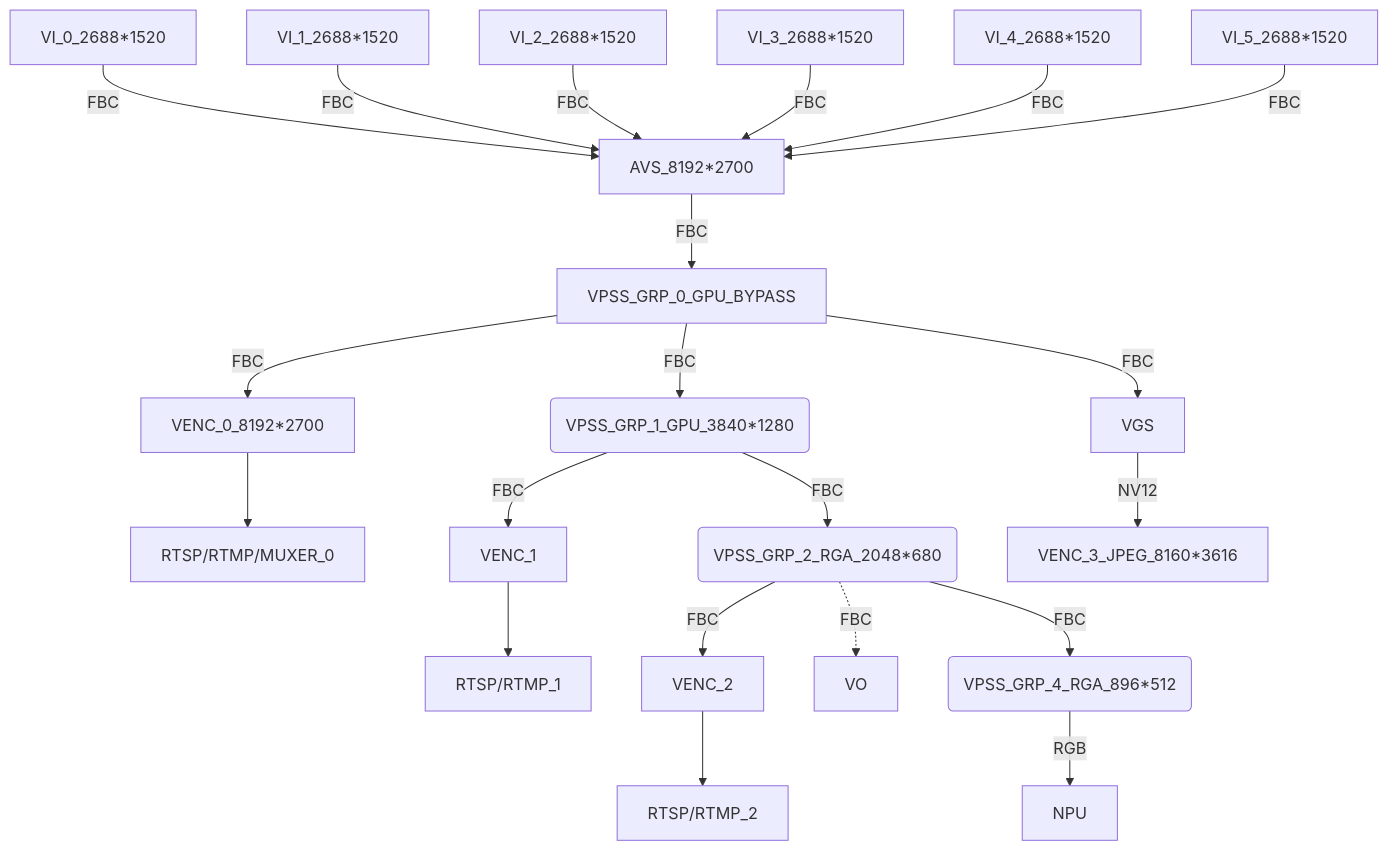
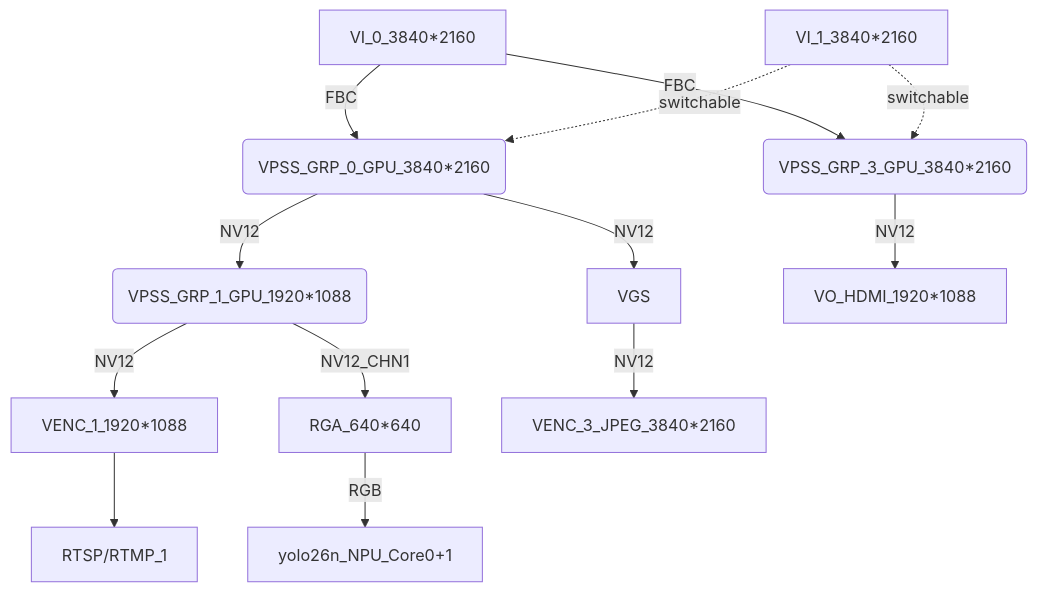
Before and after one commit to 20gg/rkipc: the eighth of 20 diagrams in docs/Rockchip_Developer_Guide_Linux_RKIPC_CN.md, drawn with Mermaid.

````diff
--- a/docs/Rockchip_Developer_Guide_Linux_RKIPC_CN.md
+++ b/docs/Rockchip_Developer_Guide_Linux_RKIPC_CN.md
@@ -243,16 +243,11 @@
 ```mermaid
 graph TB
-	VI_0[VI_0_2688*1520]--FBC-->AVS[AVS_8192*2700]
-	VI_1[VI_1_2688*1520]--FBC-->AVS
-	VI_2[VI_2_2688*1520]--FBC-->AVS
-	VI_3[VI_3_2688*1520]--FBC-->AVS
-	VI_4[VI_4_2688*1520]--FBC-->AVS
-	VI_5[VI_5_2688*1520]--FBC-->AVS
-	AVS--FBC-->VPSS_GRP_0_GPU_BYPASS--FBC-->VENC_0_8192*2700-->RTSP/RTMP/MUXER_0
-	VPSS_GRP_0_GPU_BYPASS--FBC-->VPSS_GRP_1(VPSS_GRP_1_GPU_3840*1280)
-	VPSS_GRP_1--FBC-->VENC_1-->RTSP/RTMP_1
-	VPSS_GRP_1--FBC-->VPSS_GRP_2(VPSS_GRP_2_RGA_2048*680)--FBC-->VENC_2-->RTSP/RTMP_2
-	VPSS_GRP_2-.FBC.->VO
-	VPSS_GRP_2--FBC-->VPSS_GRP_4(VPSS_GRP_4_RGA_896*512)--RGB-->NPU
-	VPSS_GRP_0_GPU_BYPASS--FBC-->VGS--NV12-->VENC_3_JPEG_8160*3616
+	VI_0[VI_0_3840*2160]--FBC-->VPSS_GRP_0(VPSS_GRP_0_GPU_3840*2160)
+	VI_1[VI_1_3840*2160]-.switchable.->VPSS_GRP_0
+	VPSS_GRP_0--NV12-->VPSS_GRP_1(VPSS_GRP_1_GPU_1920*1088)
+	VPSS_GRP_1--NV12-->VENC_1_1920*1088-->RTSP/RTMP_1
+	VPSS_GRP_1--NV12_CHN1-->RGA_640*640--RGB-->RKNN_NPU[yolo26n_NPU_Core0+1]
+	VPSS_GRP_0--NV12-->VGS--NV12-->VENC_3_JPEG_3840*2160
+	VI_0--FBC-->VPSS_GRP_3(VPSS_GRP_3_GPU_3840*2160)--NV12-->VO_HDMI_1920*1088
+	VI_1-.switchable.->VPSS_GRP_3
 ```
````
